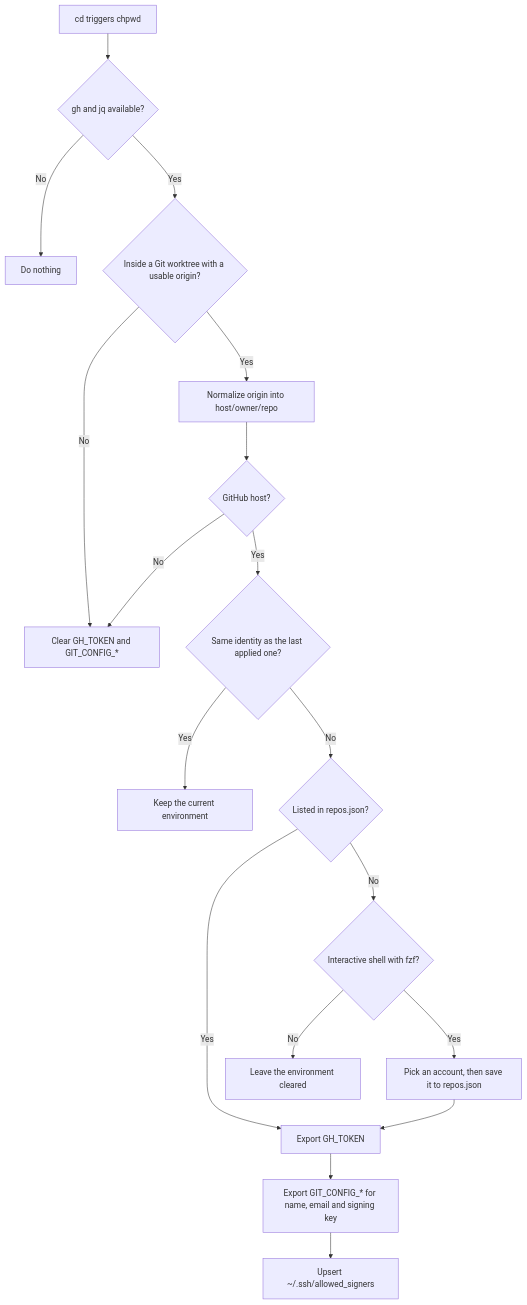
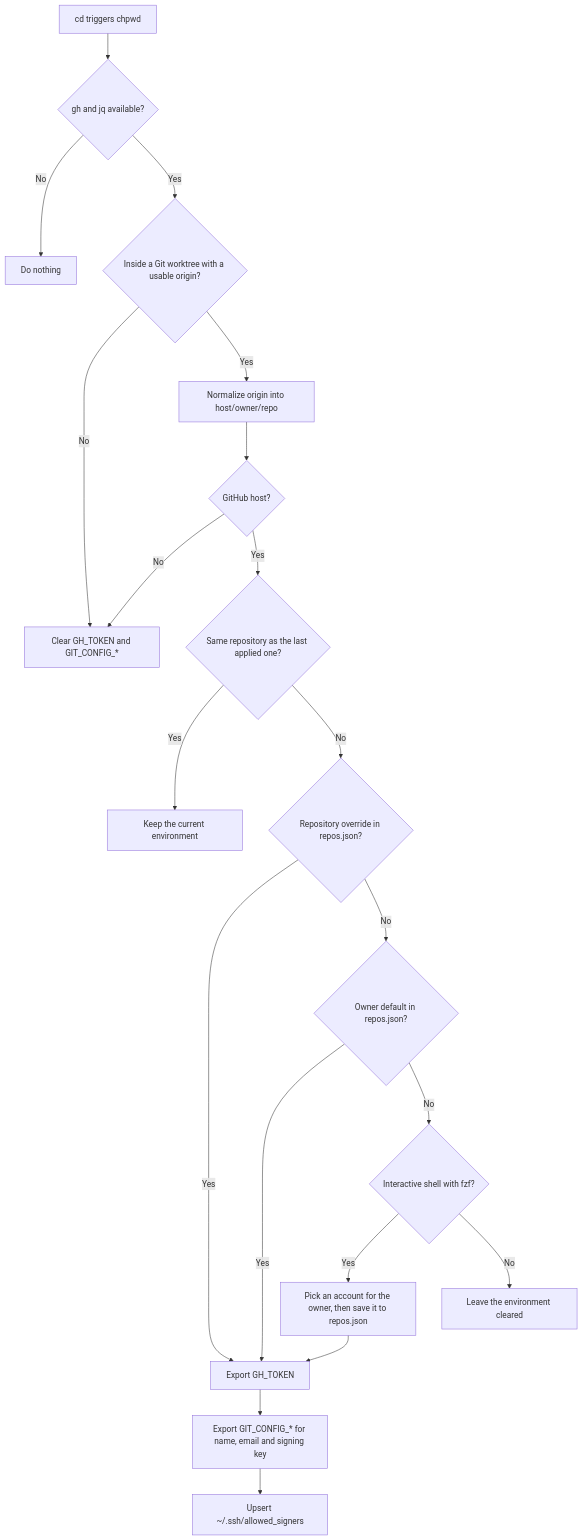
The diagram in docs/guides/04-git-identity.md (daiksud/dotfiles), drawn with Mermaid before and after one commit. The commit also changed other lines of this file and 11 other files, not shown here.

First line of the commit message:
feat(zsh): use owner defaults for GitHub account mappings (#59)

````diff
--- a/docs/guides/04-git-identity.md
+++ b/docs/guides/04-git-identity.md
@@ -18,20 +18,22 @@
 ```mermaid
 graph TD
     A["cd triggers chpwd"] --> B{"gh and jq available?"}
     B -- No --> Z["Do nothing"]
     B -- Yes --> C{"Inside a Git worktree with a usable origin?"}
     C -- No --> X["Clear GH_TOKEN and GIT_CONFIG_*"]
     C -- Yes --> D["Normalize origin into host/owner/repo"]
     D --> E{"GitHub host?"}
     E -- No --> X
-    E -- Yes --> F{"Same identity as the last applied one?"}
+    E -- Yes --> F{"Same repository as the last applied one?"}
     F -- Yes --> Y["Keep the current environment"]
-    F -- No --> G{"Listed in repos.json?"}
+    F -- No --> G{"Repository override in repos.json?"}
     G -- Yes --> H["Export GH_TOKEN"]
-    G -- No --> K{"Interactive shell with fzf?"}
-    K -- Yes --> L["Pick an account, then save it to repos.json"]
+    G -- No --> O{"Owner default in repos.json?"}
+    O -- Yes --> H
+    O -- No --> K{"Interactive shell with fzf?"}
+    K -- Yes --> L["Pick an account for the owner, then save it to repos.json"]
     K -- No --> M["Leave the environment cleared"]
     L --> H
     H --> I["Export GIT_CONFIG_* for name, email and signing key"]
     I --> J["Upsert ~/.ssh/allowed_signers"]
 ```
````
